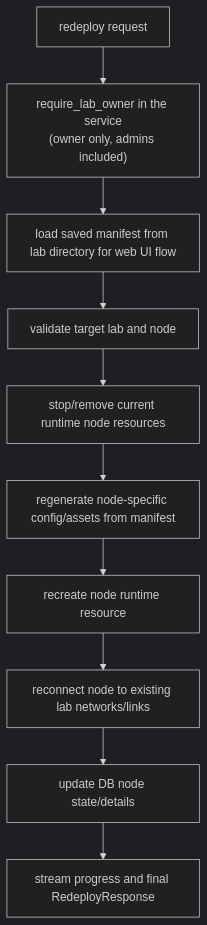
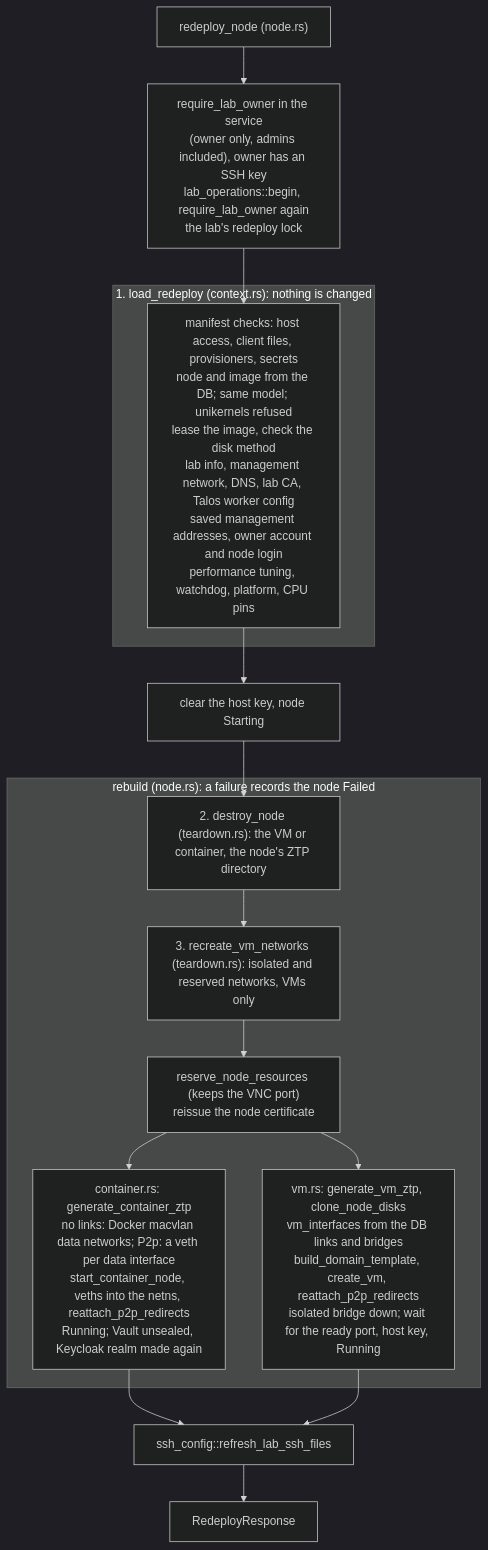
Diagram 16 of 26 in docs/architecture/SERVER.md (bwks/sherpa), drawn with Mermaid (dark theme) before and after one commit. The commit also changed other lines of this file and 25 other files, not shown here.

First line of the commit message:
refactor(server): split up and redeploy by stage [skip ci]

````diff
--- a/docs/architecture/SERVER.md
+++ b/docs/architecture/SERVER.md
@@ -674,12 +706,19 @@
 ```mermaid
 flowchart TB
-    request["redeploy request"] --> owner["require_lab_owner in the service<br/>(owner only, admins included)"]
-    owner --> manifest["load saved manifest from lab directory for web UI flow"]
-    manifest --> validate["validate target lab and node"]
-    validate --> teardown["stop/remove current runtime node resources"]
-    teardown --> regenerate["regenerate node-specific config/assets from manifest"]
-    regenerate --> recreate["recreate node runtime resource"]
-    recreate --> reconnect["reconnect node to existing lab networks/links"]
-    reconnect --> updatedb["update DB node state/details"]
-    updatedb --> stream["stream progress and final RedeployResponse"]
+    request["redeploy_node (node.rs)"] --> owner["require_lab_owner in the service<br/>(owner only, admins included), owner has an SSH key<br/>lab_operations::begin, require_lab_owner again<br/>the lab's redeploy lock"]
+    owner --> load
+    subgraph stage1["1. load_redeploy (context.rs): nothing is changed"]
+        load["manifest checks: host access, client files, provisioners, secrets<br/>node and image from the DB; same model; unikernels refused<br/>lease the image, check the disk method<br/>lab info, management network, DNS, lab CA, Talos worker config<br/>saved management addresses, owner account and node login<br/>performance tuning, watchdog, platform, CPU pins"]
+    end
+    load --> starting["clear the host key, node Starting"]
+    starting --> destroy
+    subgraph rebuild["rebuild (node.rs): a failure records the node Failed"]
+        destroy["2. destroy_node (teardown.rs): the VM or container, the node's ZTP directory"] --> vmnets["3. recreate_vm_networks (teardown.rs): isolated and reserved networks, VMs only"]
+        vmnets --> resources["reserve_node_resources (keeps the VNC port)<br/>reissue the node certificate"]
+        resources --> ctr["container.rs: generate_container_ztp<br/>no links: Docker macvlan data networks; P2p: a veth per data interface<br/>start_container_node, veths into the netns, reattach_p2p_redirects<br/>Running; Vault unsealed, Keycloak realm made again"]
+        resources --> vm["vm.rs: generate_vm_ztp, clone_node_disks<br/>vm_interfaces from the DB links and bridges<br/>build_domain_template, create_vm, reattach_p2p_redirects<br/>isolated bridge down; wait for the ready port, host key, Running"]
+    end
+    ctr --> ssh["ssh_config::refresh_lab_ssh_files"]
+    vm --> ssh
+    ssh --> stream["RedeployResponse"]
 ```
````
